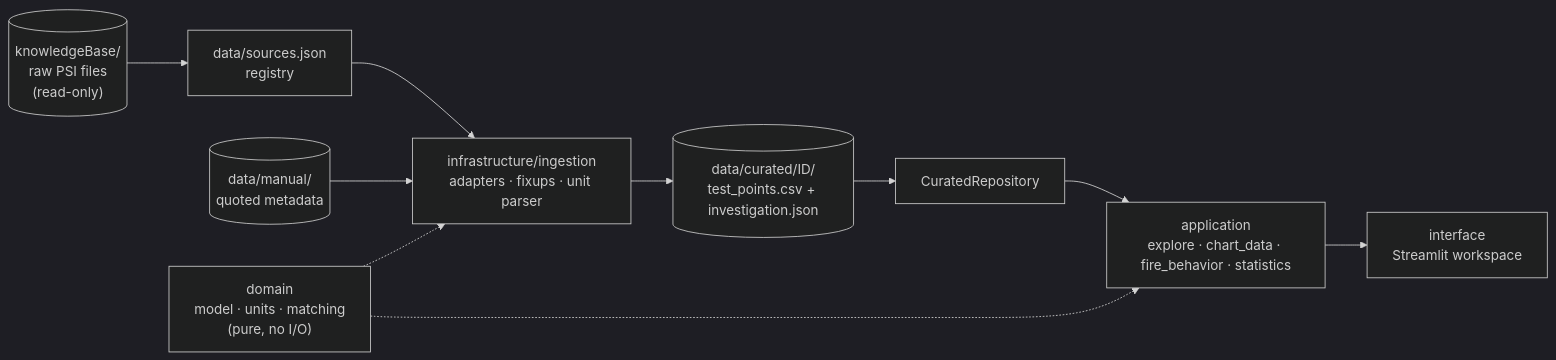
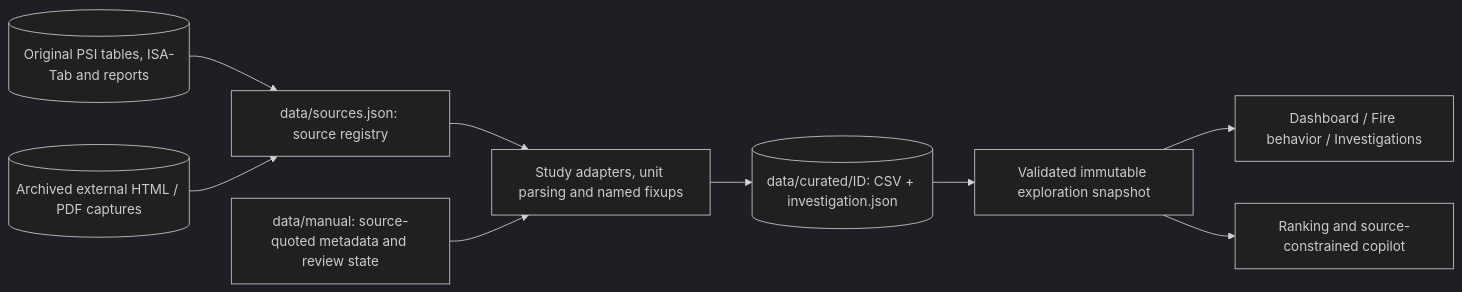
Before and after one commit to Huarada/FLAMSA: the second of 4 diagrams in README.md, drawn with Mermaid (dark theme). The commit also changed other lines of this file and 66 other files, not shown here.

````diff
--- a/README.md
+++ b/README.md
@@ -353,12 +490,20 @@
 ```mermaid
 flowchart LR
-    KB[("knowledgeBase/<br/>raw PSI files<br/>(read-only)")] --> REG["data/sources.json<br/>registry"]
-    REG --> ING["infrastructure/ingestion<br/>adapters · fixups · unit parser"]
-    MAN[("data/manual/<br/>quoted metadata")] --> ING
-    ING --> CUR[("data/curated/ID/<br/>test_points.csv + investigation.json")]
-    CUR --> REPO["CuratedRepository"]
-    REPO --> APP["application<br/>explore · chart_data · fire_behavior · statistics"]
-    APP --> UI["interface<br/>Streamlit workspace"]
-    DOM["domain<br/>model · units · matching<br/>(pure, no I/O)"] -.-> ING
-    DOM -.-> APP
+    Raw[("Original PSI tables, ISA-Tab and reports")]
+    External[("Archived external HTML / PDF captures")]
+    Registry["data/sources.json: source registry"]
+    Manual["data/manual: source-quoted metadata and review state"]
+    Adapters["Study adapters, unit parsing and named fixups"]
+    Curated[("data/curated/ID: CSV + investigation.json")]
+    Snapshot["Validated immutable exploration snapshot"]
+    Charts["Dashboard / Fire behavior / Investigations"]
+    Copilot["Ranking and source-constrained copilot"]
+    Raw --> Registry
+    External --> Registry
+    Registry --> Adapters
+    Manual --> Adapters
+    Adapters --> Curated
+    Curated --> Snapshot
+    Snapshot --> Charts
+    Snapshot --> Copilot
 ```
````
